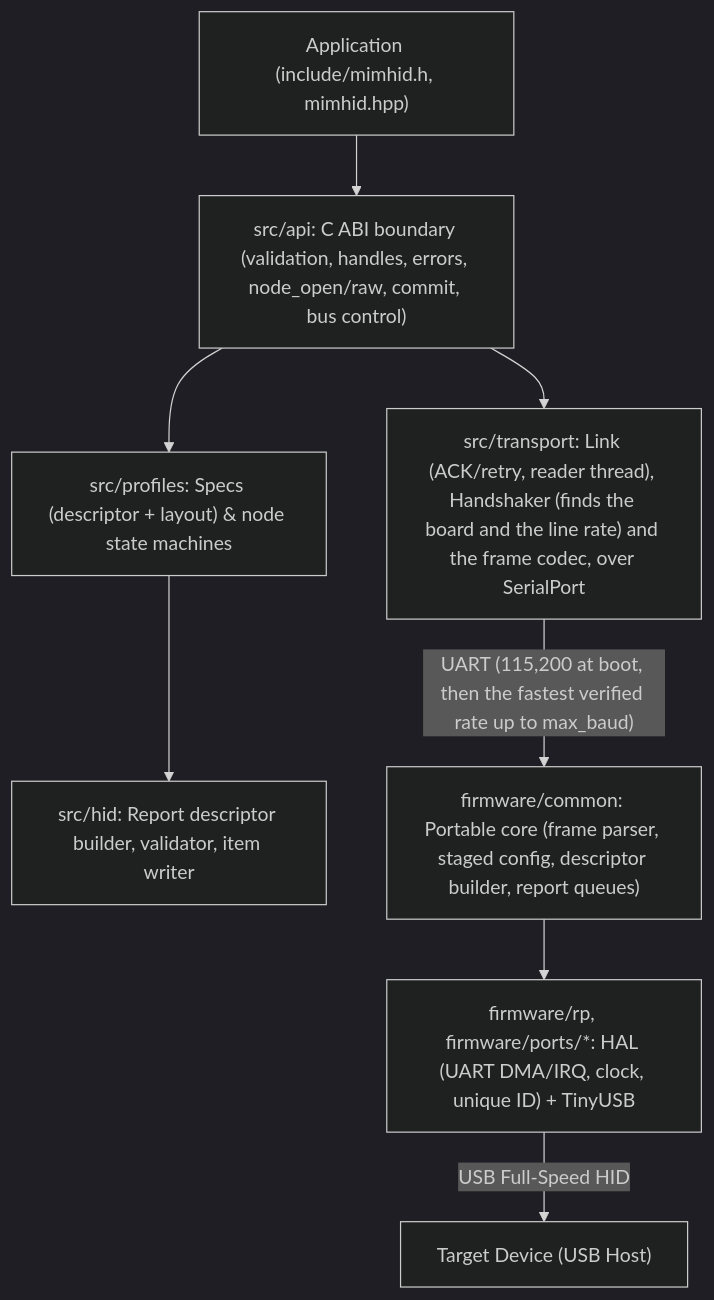
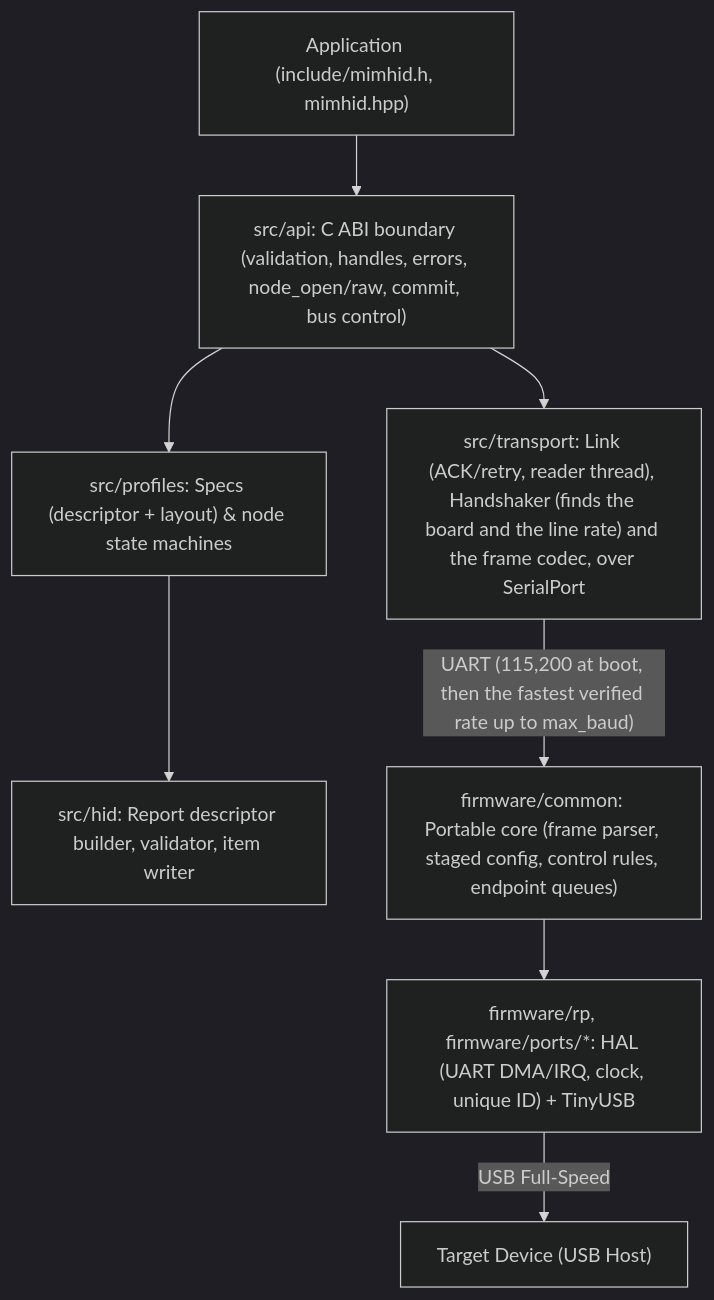
One commit to nemarpuc/libmimhid changed the first of 2 diagrams in docs/ARCHITECTURE.md. Above: the diagram before and after it, drawn with Mermaid (dark theme). The commit also changed other lines of this file and 88 other files, not shown here.

First line of the commit message:
Run every interface on the generic driver, and answer endpoint 0 from control rules

````diff
--- a/docs/ARCHITECTURE.md
+++ b/docs/ARCHITECTURE.md
@@ -18,19 +18,19 @@
 ```mermaid
 flowchart TD
     App["Application (include/mimhid.h, mimhid.hpp)"]
     API["src/api: C ABI boundary (validation, handles, errors, node_open/raw, commit, bus control)"]
     Prof["src/profiles: Specs (descriptor + layout) & node state machines"]
     HID["src/hid: Report descriptor builder, validator, item writer"]
     Trans["src/transport: Link (ACK/retry, reader thread), Handshaker (finds the board and the line rate) and the frame codec, over SerialPort"]
-    FWCore["firmware/common: Portable core (frame parser, staged config, descriptor builder, report queues)"]
+    FWCore["firmware/common: Portable core (frame parser, staged config, control rules, endpoint queues)"]
     HAL["firmware/rp, firmware/ports/*: HAL (UART DMA/IRQ, clock, unique ID) + TinyUSB"]
     Target["Target Device (USB Host)"]
 
     App --> API
     API --> Prof
     Prof --> HID
     API --> Trans
     Trans -->|"UART (115,200 at boot, then the fastest verified rate up to max_baud)"| FWCore
     FWCore --> HAL
-    HAL -->|"USB Full-Speed HID"| Target
+    HAL -->|"USB Full-Speed"| Target
 ```
````
